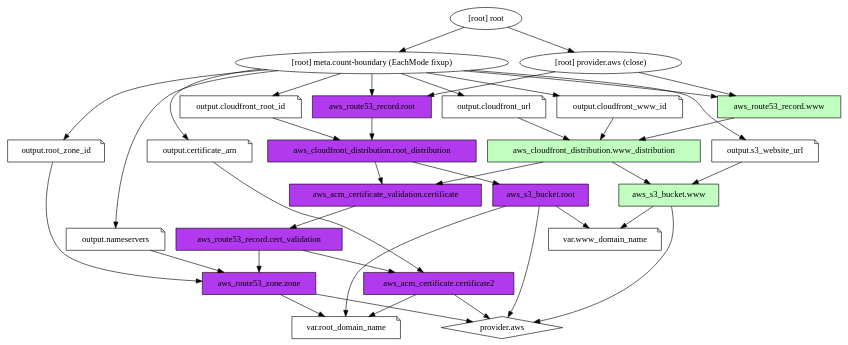
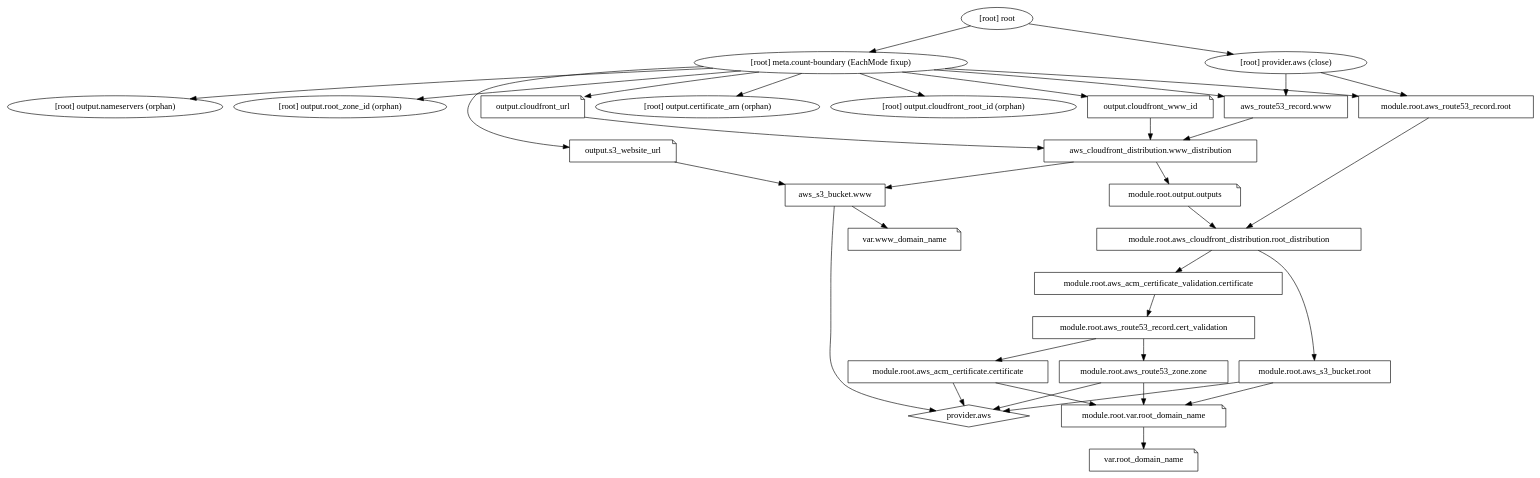
The diagram in infrastructure/graph.dot (grocky/rockygray.com), drawn with Graphviz before and after one commit. The commit also changed 13 other files, not shown here.

Commit message:
refactor to root-domain module

```diff
--- a/infrastructure/graph.dot
+++ b/infrastructure/graph.dot
@@ -1,65 +1,59 @@
 digraph {
 	compound = "true"
 	newrank = "true"
 	subgraph "root" {
-		"[root] aws_acm_certificate.certificate2" [ fillcolor="darkorchid2" style=filled label = "aws_acm_certificate.certificate2", shape = "box"]
-		"[root] aws_acm_certificate_validation.certificate" [ fillcolor="darkorchid2" style=filled label = "aws_acm_certificate_validation.certificate", shape = "box"]
-		"[root] aws_cloudfront_distribution.root_distribution" [ fillcolor="darkorchid2" style=filled label = "aws_cloudfront_distribution.root_distribution", shape = "box"]
-		"[root] aws_cloudfront_distribution.www_distribution" [ fillcolor="darkseagreen1" style=filled label = "aws_cloudfront_distribution.www_distribution", shape = "box"]
-		"[root] aws_route53_record.cert_validation" [ fillcolor="darkorchid2" style=filled label = "aws_route53_record.cert_validation", shape = "box"]
-		"[root] aws_route53_record.root" [ fillcolor="darkorchid2" style=filled label = "aws_route53_record.root", shape = "box"]
-		"[root] aws_route53_record.www" [ fillcolor="darkseagreen1" style=filled label = "aws_route53_record.www", shape = "box"]
-		"[root] aws_route53_zone.zone" [fillcolor="darkorchid2" style=filled label = "aws_route53_zone.zone", shape = "box"]
-		"[root] aws_s3_bucket.root" [fillcolor="darkorchid2" style=filled label = "aws_s3_bucket.root", shape = "box"]
-		"[root] aws_s3_bucket.www" [fillcolor="darkseagreen1" style=filled label = "aws_s3_bucket.www", shape = "box"]
-		"[root] output.certificate_arn" [label = "output.certificate_arn", shape = "note"]
-		"[root] output.cloudfront_root_id" [label = "output.cloudfront_root_id", shape = "note"]
+		"[root] aws_cloudfront_distribution.www_distribution" [label = "aws_cloudfront_distribution.www_distribution", shape = "box"]
+		"[root] aws_route53_record.www" [label = "aws_route53_record.www", shape = "box"]
+		"[root] aws_s3_bucket.www" [label = "aws_s3_bucket.www", shape = "box"]
+		"[root] module.root.aws_acm_certificate.certificate" [label = "module.root.aws_acm_certificate.certificate", shape = "box"]
+		"[root] module.root.aws_acm_certificate_validation.certificate" [label = "module.root.aws_acm_certificate_validation.certificate", shape = "box"]
+		"[root] module.root.aws_cloudfront_distribution.root_distribution" [label = "module.root.aws_cloudfront_distribution.root_distribution", shape = "box"]
+		"[root] module.root.aws_route53_record.cert_validation" [label = "module.root.aws_route53_record.cert_validation", shape = "box"]
+		"[root] module.root.aws_route53_record.root" [label = "module.root.aws_route53_record.root", shape = "box"]
+		"[root] module.root.aws_route53_zone.zone" [label = "module.root.aws_route53_zone.zone", shape = "box"]
+		"[root] module.root.aws_s3_bucket.root" [label = "module.root.aws_s3_bucket.root", shape = "box"]
+		"[root] module.root.output.outputs" [label = "module.root.output.outputs", shape = "note"]
+		"[root] module.root.var.root_domain_name" [label = "module.root.var.root_domain_name", shape = "note"]
 		"[root] output.cloudfront_url" [label = "output.cloudfront_url", shape = "note"]
 		"[root] output.cloudfront_www_id" [label = "output.cloudfront_www_id", shape = "note"]
-		"[root] output.nameservers" [label = "output.nameservers", shape = "note"]
-		"[root] output.root_zone_id" [label = "output.root_zone_id", shape = "note"]
 		"[root] output.s3_website_url" [label = "output.s3_website_url", shape = "note"]
 		"[root] provider.aws" [label = "provider.aws", shape = "diamond"]
 		"[root] var.root_domain_name" [label = "var.root_domain_name", shape = "note"]
 		"[root] var.www_domain_name" [label = "var.www_domain_name", shape = "note"]
-
-		"[root] aws_acm_certificate.certificate2" -> "[root] provider.aws"
-		"[root] aws_acm_certificate.certificate2" -> "[root] var.root_domain_name"
-		"[root] aws_acm_certificate_validation.certificate" -> "[root] aws_route53_record.cert_validation"
-		"[root] aws_cloudfront_distribution.root_distribution" -> "[root] aws_acm_certificate_validation.certificate"
-		"[root] aws_cloudfront_distribution.root_distribution" -> "[root] aws_s3_bucket.root"
-		"[root] aws_cloudfront_distribution.www_distribution" -> "[root] aws_acm_certificate_validation.certificate"
 		"[root] aws_cloudfront_distribution.www_distribution" -> "[root] aws_s3_bucket.www"
-		"[root] aws_route53_record.cert_validation" -> "[root] aws_acm_certificate.certificate2"
-		"[root] aws_route53_record.cert_validation" -> "[root] aws_route53_zone.zone"
-		"[root] aws_route53_record.root" -> "[root] aws_cloudfront_distribution.root_distribution"
+		"[root] aws_cloudfront_distribution.www_distribution" -> "[root] module.root.output.outputs"
 		"[root] aws_route53_record.www" -> "[root] aws_cloudfront_distribution.www_distribution"
-		"[root] aws_route53_zone.zone" -> "[root] provider.aws"
-		"[root] aws_route53_zone.zone" -> "[root] var.root_domain_name"
-		"[root] aws_s3_bucket.root" -> "[root] provider.aws"
-		"[root] aws_s3_bucket.root" -> "[root] var.root_domain_name"
-		"[root] aws_s3_bucket.root" -> "[root] var.www_domain_name"
 		"[root] aws_s3_bucket.www" -> "[root] provider.aws"
 		"[root] aws_s3_bucket.www" -> "[root] var.www_domain_name"
-		"[root] meta.count-boundary (EachMode fixup)" -> "[root] aws_route53_record.root"
 		"[root] meta.count-boundary (EachMode fixup)" -> "[root] aws_route53_record.www"
-		"[root] meta.count-boundary (EachMode fixup)" -> "[root] output.certificate_arn"
-		"[root] meta.count-boundary (EachMode fixup)" -> "[root] output.cloudfront_root_id"
+		"[root] meta.count-boundary (EachMode fixup)" -> "[root] module.root.aws_route53_record.root"
+		"[root] meta.count-boundary (EachMode fixup)" -> "[root] output.certificate_arn (orphan)"
+		"[root] meta.count-boundary (EachMode fixup)" -> "[root] output.cloudfront_root_id (orphan)"
 		"[root] meta.count-boundary (EachMode fixup)" -> "[root] output.cloudfront_url"
 		"[root] meta.count-boundary (EachMode fixup)" -> "[root] output.cloudfront_www_id"
-		"[root] meta.count-boundary (EachMode fixup)" -> "[root] output.nameservers"
-		"[root] meta.count-boundary (EachMode fixup)" -> "[root] output.root_zone_id"
+		"[root] meta.count-boundary (EachMode fixup)" -> "[root] output.nameservers (orphan)"
+		"[root] meta.count-boundary (EachMode fixup)" -> "[root] output.root_zone_id (orphan)"
 		"[root] meta.count-boundary (EachMode fixup)" -> "[root] output.s3_website_url"
-		"[root] output.certificate_arn" -> "[root] aws_acm_certificate.certificate2"
-		"[root] output.cloudfront_root_id" -> "[root] aws_cloudfront_distribution.root_distribution"
+		"[root] module.root.aws_acm_certificate.certificate" -> "[root] module.root.var.root_domain_name"
+		"[root] module.root.aws_acm_certificate.certificate" -> "[root] provider.aws"
+		"[root] module.root.aws_acm_certificate_validation.certificate" -> "[root] module.root.aws_route53_record.cert_validation"
+		"[root] module.root.aws_cloudfront_distribution.root_distribution" -> "[root] module.root.aws_acm_certificate_validation.certificate"
+		"[root] module.root.aws_cloudfront_distribution.root_distribution" -> "[root] module.root.aws_s3_bucket.root"
+		"[root] module.root.aws_route53_record.cert_validation" -> "[root] module.root.aws_acm_certificate.certificate"
+		"[root] module.root.aws_route53_record.cert_validation" -> "[root] module.root.aws_route53_zone.zone"
+		"[root] module.root.aws_route53_record.root" -> "[root] module.root.aws_cloudfront_distribution.root_distribution"
+		"[root] module.root.aws_route53_zone.zone" -> "[root] module.root.var.root_domain_name"
+		"[root] module.root.aws_route53_zone.zone" -> "[root] provider.aws"
+		"[root] module.root.aws_s3_bucket.root" -> "[root] module.root.var.root_domain_name"
+		"[root] module.root.aws_s3_bucket.root" -> "[root] provider.aws"
+		"[root] module.root.output.outputs" -> "[root] module.root.aws_cloudfront_distribution.root_distribution"
+		"[root] module.root.var.root_domain_name" -> "[root] var.root_domain_name"
 		"[root] output.cloudfront_url" -> "[root] aws_cloudfront_distribution.www_distribution"
 		"[root] output.cloudfront_www_id" -> "[root] aws_cloudfront_distribution.www_distribution"
-		"[root] output.nameservers" -> "[root] aws_route53_zone.zone"
-		"[root] output.root_zone_id" -> "[root] aws_route53_zone.zone"
 		"[root] output.s3_website_url" -> "[root] aws_s3_bucket.www"
-		"[root] provider.aws (close)" -> "[root] aws_route53_record.root"
 		"[root] provider.aws (close)" -> "[root] aws_route53_record.www"
+		"[root] provider.aws (close)" -> "[root] module.root.aws_route53_record.root"
 		"[root] root" -> "[root] meta.count-boundary (EachMode fixup)"
 		"[root] root" -> "[root] provider.aws (close)"
 	}
 }
```
